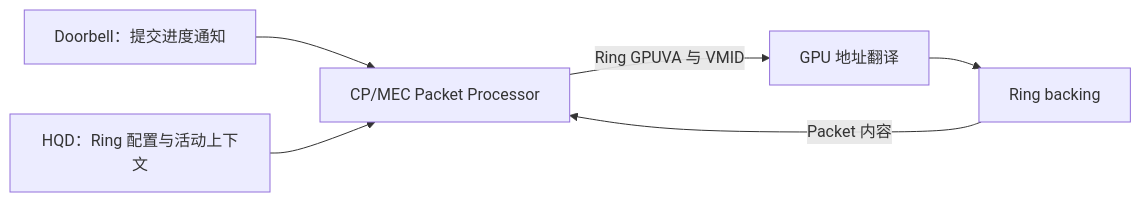
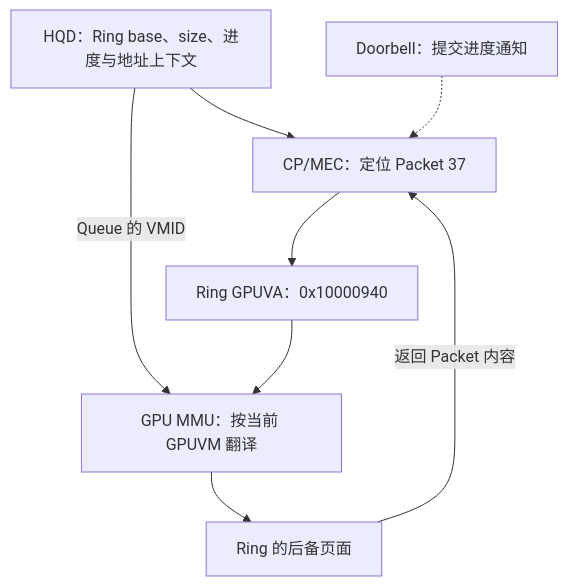
The seventh of 14 diagrams in 03_AMD GPU 队列与 AQL Dispatch.md (hxfei-git/gpu-study), drawn with Mermaid before and after one commit. The commit also changed other lines of this file and 5 other files, not shown here.

````diff
--- a/03_AMD GPU 队列与 AQL Dispatch.md
+++ b/03_AMD GPU 队列与 AQL Dispatch.md
@@ -3042,8 +3991,10 @@
 ```mermaid
-flowchart LR
-    D["Doorbell：提交进度通知"] --> P["CP/MEC Packet Processor"]
-    H["HQD：Ring 配置与活动上下文"] --> P
-    P -->|Ring GPUVA 与 VMID| M["GPU 地址翻译"]
-    M --> R["Ring backing"]
-    R -->|Packet 内容| P
+flowchart TD
+    H["HQD：Ring base、size、进度与地址上下文"] --> P["CP/MEC：定位 Packet 37"]
+    D["Doorbell：提交进度通知"] -.-> P
+    P --> V["Ring GPUVA：0x10000940"]
+    H -->|Queue 的 VMID| M["GPU MMU：按当前 GPUVM 翻译"]
+    V --> M
+    M --> R["Ring 的后备页面"]
+    R -->|返回 Packet 内容| P
 ```
````
